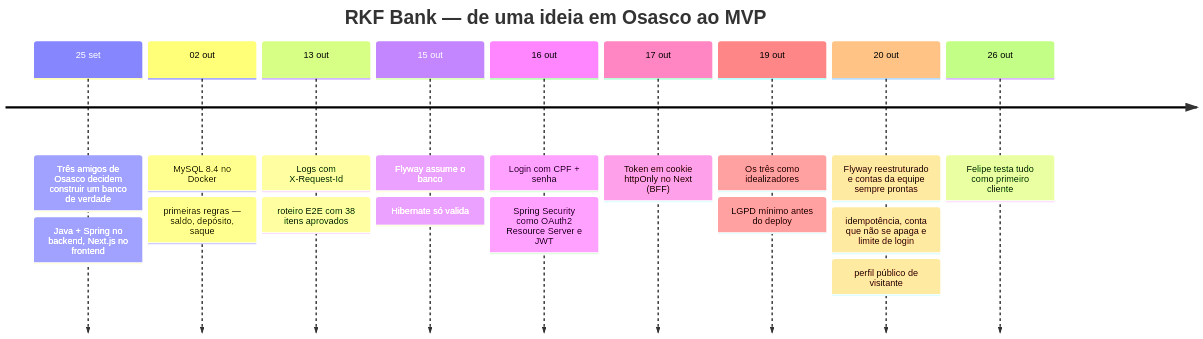
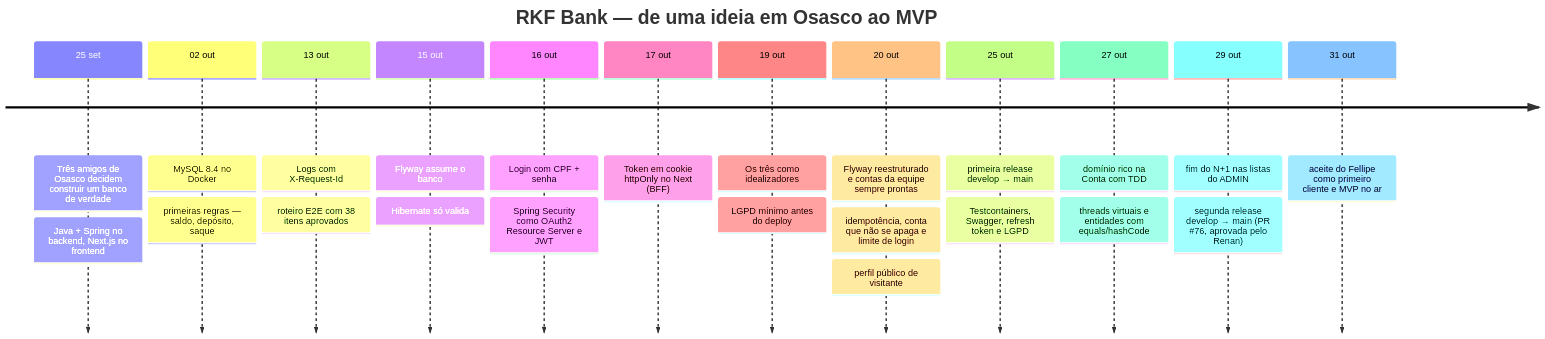
One commit to k3vinrich4rd/k3vinrich4rd changed the fourth of 22 diagrams in README.md. Above: the diagram before and after it, drawn with Mermaid. The commit also changed other lines of this file and 5 other files, not shown here.

````diff
--- a/README.md
+++ b/README.md
@@ -551,13 +555,16 @@
 ```mermaid
 timeline
     title RKF Bank — de uma ideia em Osasco ao MVP
     25 set : Três amigos de Osasco decidem construir um banco de verdade : Java + Spring no backend, Next.js no frontend
     02 out : MySQL 8.4 no Docker : primeiras regras — saldo, depósito, saque
     13 out : Logs com X-Request-Id : roteiro E2E com 38 itens aprovados
     15 out : Flyway assume o banco : Hibernate só valida
     16 out : Login com CPF + senha : Spring Security como OAuth2 Resource Server e JWT
     17 out : Token em cookie httpOnly no Next (BFF)
     19 out : Os três como idealizadores : LGPD mínimo antes do deploy
     20 out : Flyway reestruturado e contas da equipe sempre prontas : idempotência, conta que não se apaga e limite de login : perfil público de visitante
-    26 out : Felipe testa tudo como primeiro cliente
+    25 out : primeira release develop → main : Testcontainers, Swagger, refresh token e LGPD
+    27 out : domínio rico na Conta com TDD : threads virtuais e entidades com equals/hashCode
+    29 out : fim do N+1 nas listas do ADMIN : segunda release develop → main (PR #76, aprovada pelo Renan)
+    31 out : aceite do Fellipe como primeiro cliente e MVP no ar
 ```
````
